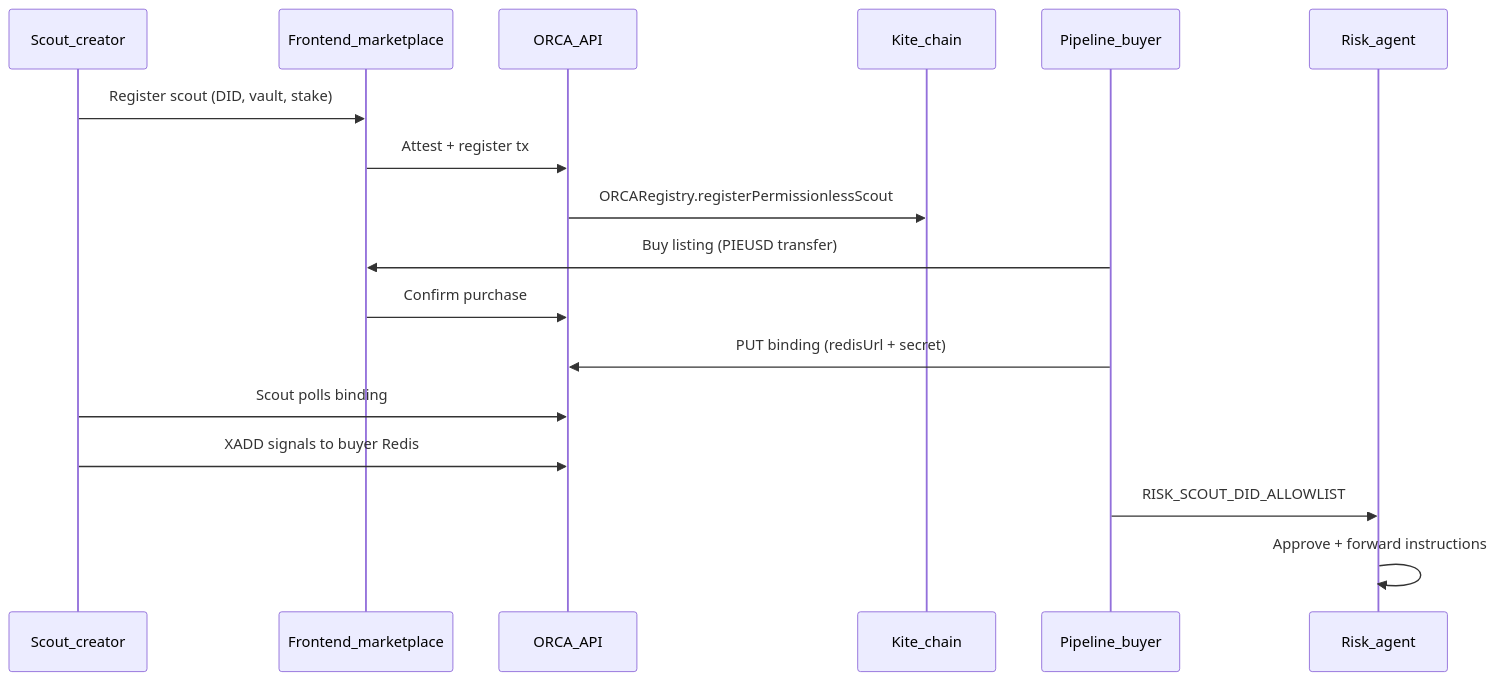
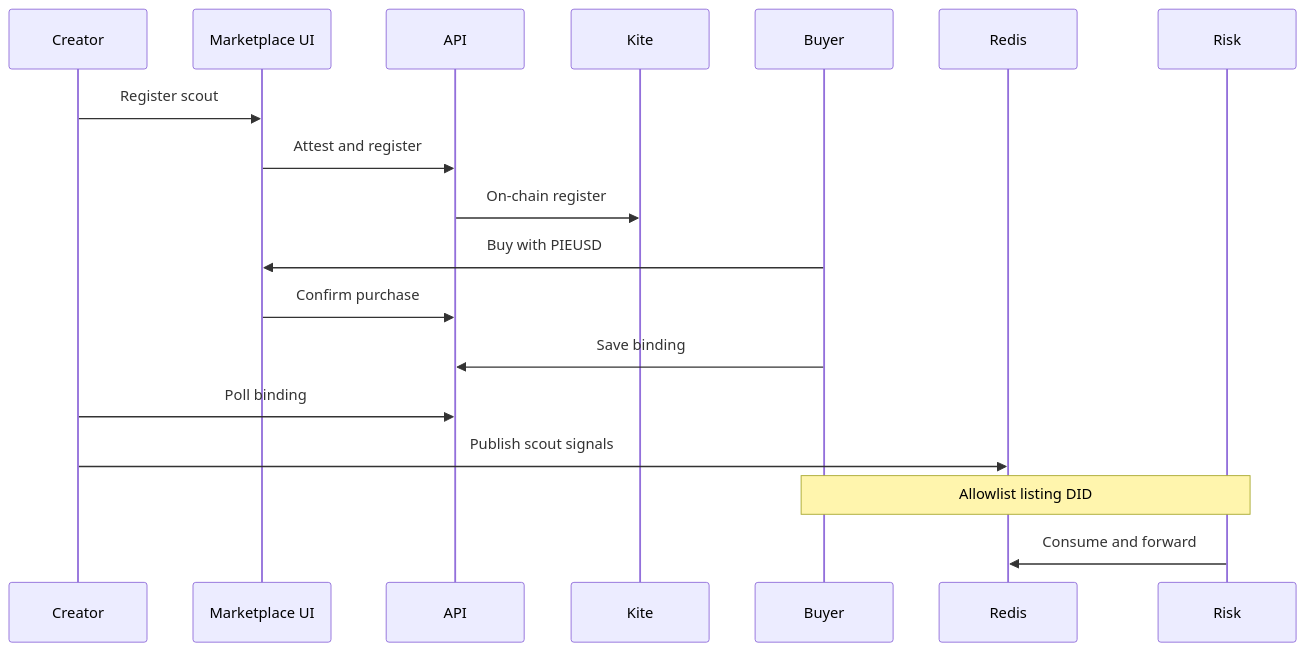
The second of 2 diagrams in setup.md (SamFelix03/ORCA), drawn with Mermaid before and after one commit. The commit also changed other lines of this file, not shown here.

````diff
--- a/setup.md
+++ b/setup.md
@@ -480,20 +606,21 @@
 ```mermaid
 sequenceDiagram
-  participant Creator as Scout_creator
-  participant UI as Frontend_marketplace
-  participant API as ORCA_API
-  participant Chain as Kite_chain
-  participant Buyer as Pipeline_buyer
-  participant Risk as Risk_agent
+  participant Creator
+  participant UI as Marketplace UI
+  participant API
+  participant Chain as Kite
+  participant Buyer
+  participant Redis
+  participant Risk
 
-  Creator->>UI: Register scout (DID, vault, stake)
-  UI->>API: Attest + register tx
-  API->>Chain: ORCARegistry.registerPermissionlessScout
-  Buyer->>UI: Buy listing (PIEUSD transfer)
+  Creator->>UI: Register scout
+  UI->>API: Attest and register
+  API->>Chain: On-chain register
+  Buyer->>UI: Buy with PIEUSD
   UI->>API: Confirm purchase
-  Buyer->>API: PUT binding (redisUrl + secret)
-  Creator->>API: Scout polls binding
-  Creator->>API: XADD signals to buyer Redis
-  Buyer->>Risk: RISK_SCOUT_DID_ALLOWLIST
-  Risk->>Risk: Approve + forward instructions
+  Buyer->>API: Save binding
+  Creator->>API: Poll binding
+  Creator->>Redis: Publish scout signals
+  Note over Buyer,Risk: Allowlist listing DID
+  Risk->>Redis: Consume and forward
 ```
````
